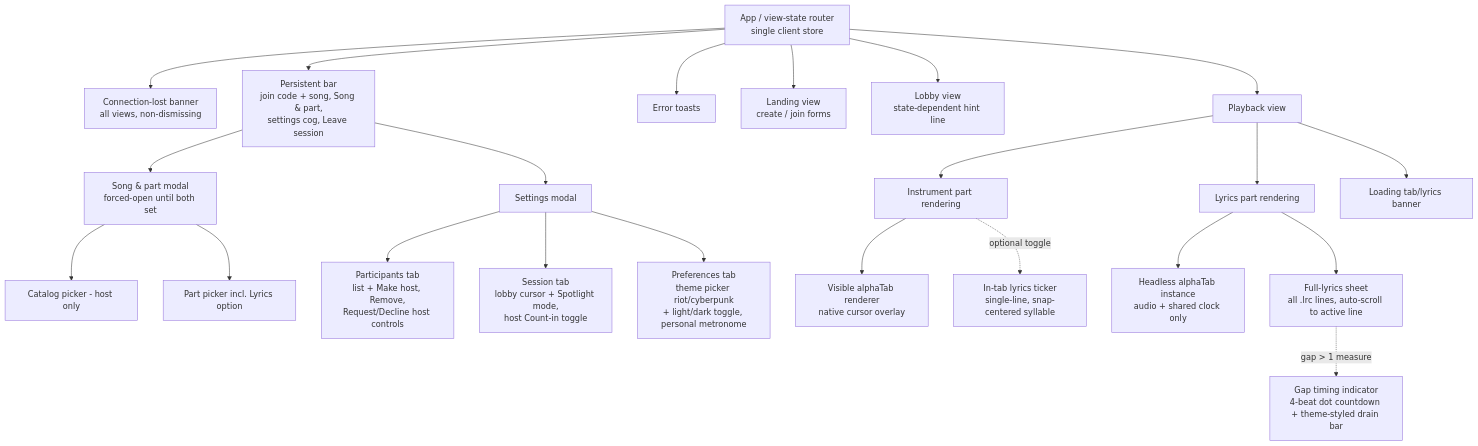
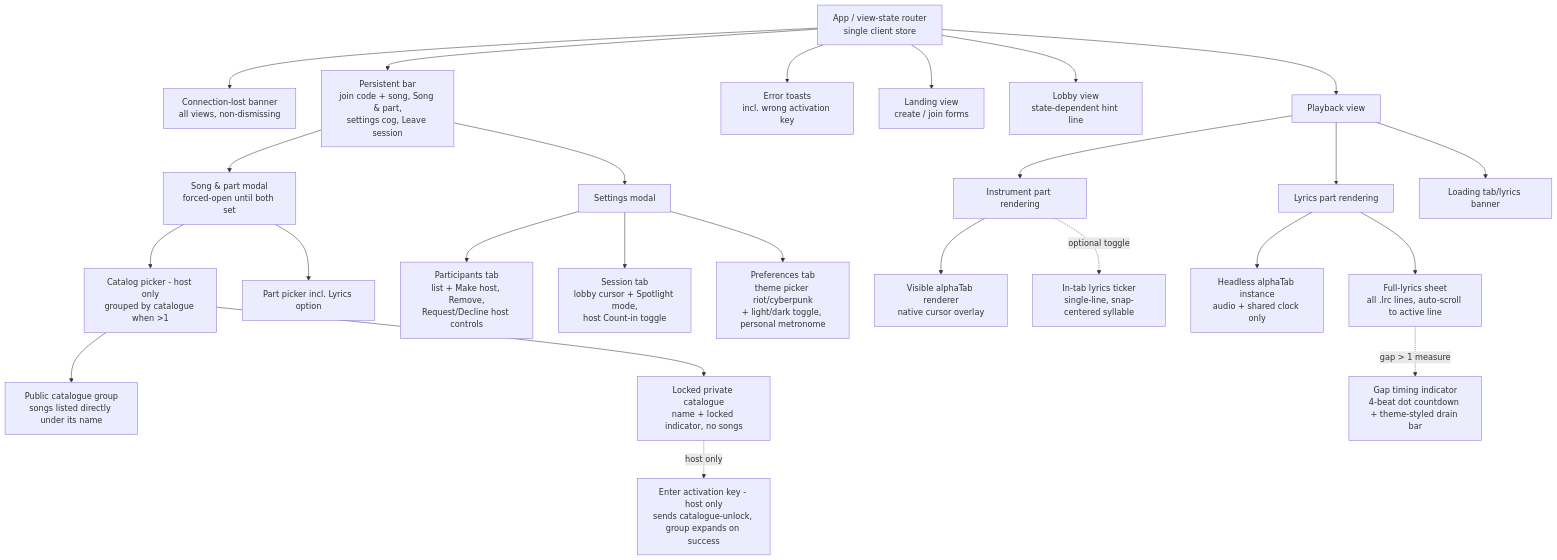
One commit to kinda-bad/sync-tab-scroll changed the third of 3 diagrams in README.md. Above: the diagram before and after it, drawn with Mermaid. The commit also changed other lines of this file and 3 other files, not shown here.

First line of the commit message:
docs(readme): re-render datamodel/infrastructure/ui diagrams for catalogue access

````diff
--- a/README.md
+++ b/README.md
@@ -276,50 +296,56 @@
 ```mermaid
 graph TD
     App[App / view-state router<br/>single client store]
     Banner[Connection-lost banner<br/>all views, non-dismissing]
     Bar[Persistent bar<br/>join code + song, Song & part,<br/>settings cog, Leave session]
-    Toasts[Error toasts]
+    Toasts[Error toasts<br/>incl. wrong activation key]
     Landing[Landing view<br/>create / join forms]
     Lobby[Lobby view<br/>state-dependent hint line]
     Playback[Playback view]
 
     SongPartModal[Song & part modal<br/>forced-open until both set]
-    CatalogPicker[Catalog picker - host only]
+    CatalogPicker[Catalog picker - host only<br/>grouped by catalogue when >1]
+    PublicGroup[Public catalogue group<br/>songs listed directly under its name]
+    LockedGroup[Locked private catalogue<br/>name + locked indicator, no songs]
+    UnlockControl[Enter activation key - host only<br/>sends catalogue-unlock, group expands on success]
     PartPicker[Part picker incl. Lyrics option]
 
     SettingsModal[Settings modal]
     TabParticipants[Participants tab<br/>list + Make host, Remove,<br/>Request/Decline host controls]
     TabSession[Session tab<br/>lobby cursor + Spotlight mode,<br/>host Count-in toggle]
     TabPreferences[Preferences tab<br/>theme picker riot/cyberpunk<br/>+ light/dark toggle, personal metronome]
 
     InstrumentView[Instrument part rendering]
     AlphaTabVisible[Visible alphaTab renderer<br/>native cursor overlay]
     Ticker[In-tab lyrics ticker<br/>single-line, snap-centered syllable]
     LyricsView[Lyrics part rendering]
     AlphaTabHeadless[Headless alphaTab instance<br/>audio + shared clock only]
     FullLyrics[Full-lyrics sheet<br/>all .lrc lines, auto-scroll to active line]
     GapIndicator[Gap timing indicator<br/>4-beat dot countdown + theme-styled drain bar]
     LoadingBanner[Loading tab/lyrics banner]
 
     App --> Banner
     App --> Bar
     App --> Toasts
     App --> Landing
     App --> Lobby
     App --> Playback
     Bar --> SongPartModal
     Bar --> SettingsModal
     SongPartModal --> CatalogPicker
     SongPartModal --> PartPicker
+    CatalogPicker --> PublicGroup
+    CatalogPicker --> LockedGroup
+    LockedGroup -.->|host only| UnlockControl
     SettingsModal --> TabParticipants
     SettingsModal --> TabSession
     SettingsModal --> TabPreferences
     Playback --> LoadingBanner
     Playback --> InstrumentView
     Playback --> LyricsView
     InstrumentView --> AlphaTabVisible
     InstrumentView -.->|optional toggle| Ticker
     LyricsView --> AlphaTabHeadless
     LyricsView --> FullLyrics
     FullLyrics -.->|gap > 1 measure| GapIndicator
 ```
````
